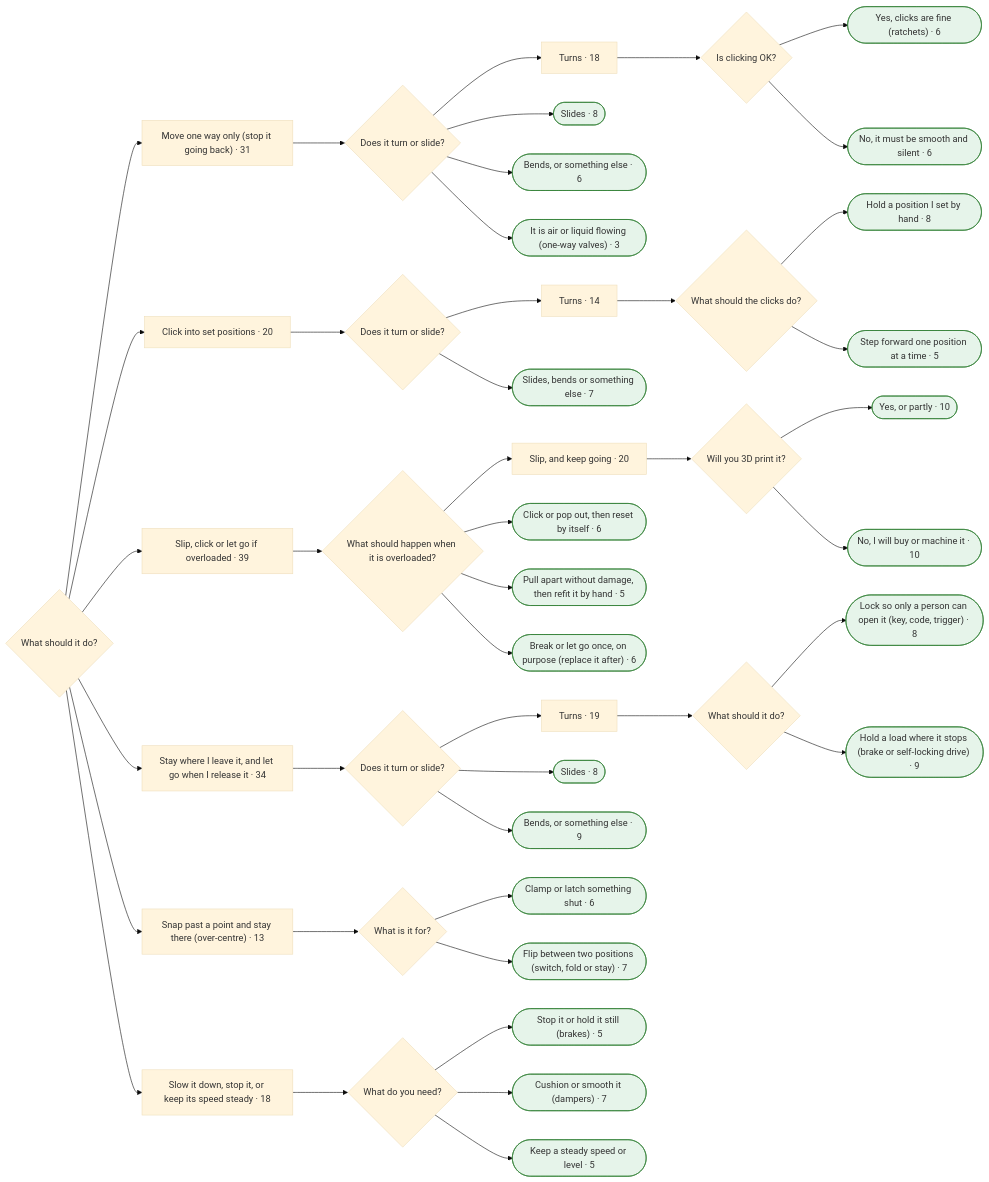
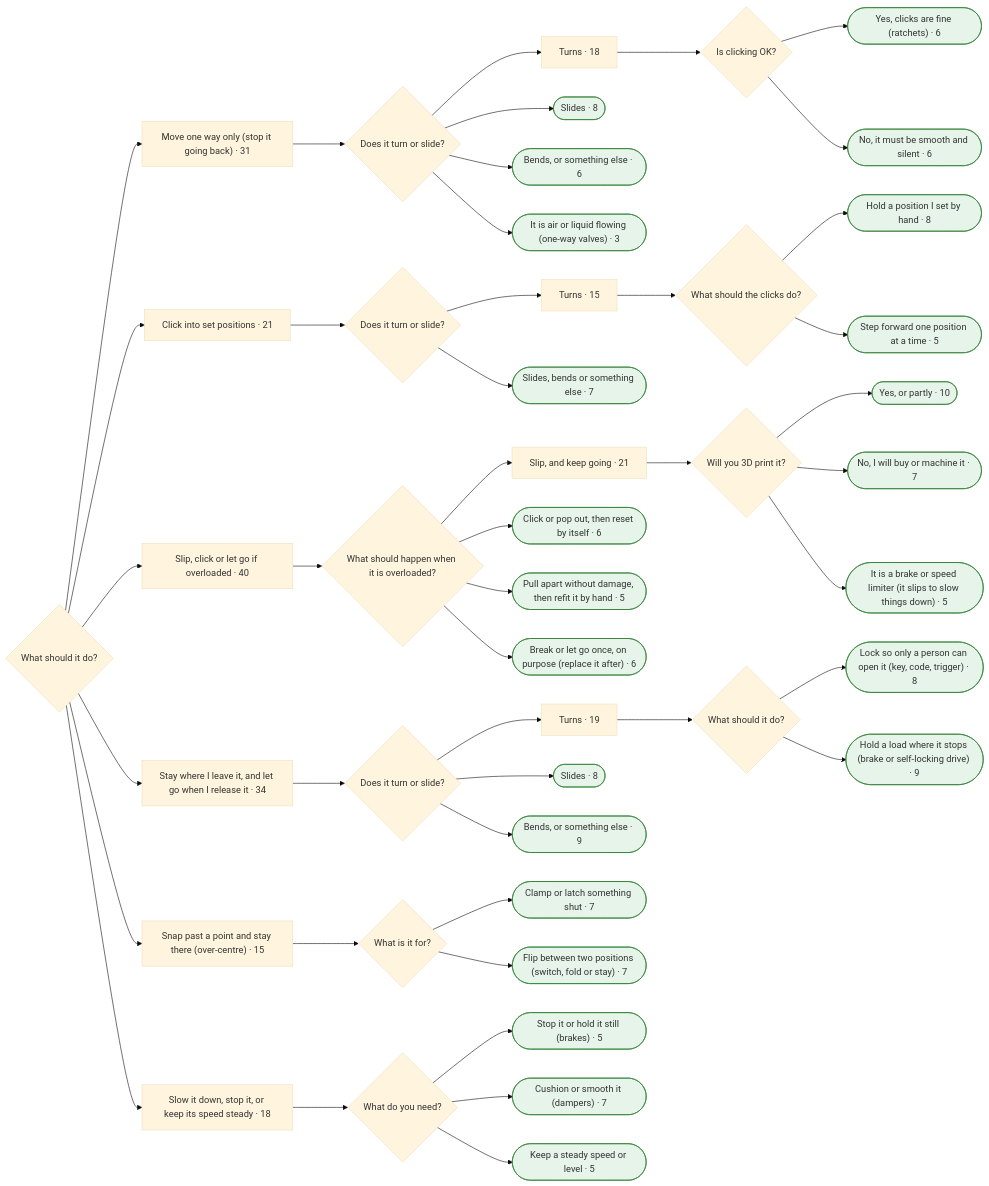
The fifth of 11 diagrams in research/finder-test/mermaid.md (smileymcfrown/EncyclopediaOfConnections), drawn with Mermaid (base theme) before and after one commit. The commit also changed other lines of this file and 481 other files, not shown here.

First line of the commit message:
Pipeline for the 43 new entries: tags, hand-set finder answers, made_of checked, pages and finder data (R36, R37)

````diff
--- a/research/finder-test/mermaid.md
+++ b/research/finder-test/mermaid.md
@@ -611,112 +646,115 @@
 ```mermaid
 flowchart LR
-  q222{"What should it do?"}
-  a223["Move one way only (stop it going back) · 31"]
-  q222 --> a223
-  q224{"Does it turn or slide?"}
-  a223 --> q224
-  a225["Turns · 18"]
-  q224 --> a225
-  q226{"Is clicking OK?"}
-  a225 --> q226
-  a227(["Yes, clicks are fine (ratchets) · 6"])
-  q226 --> a227
-  class a227 leaf
-  a228(["No, it must be smooth and silent · 6"])
-  q226 --> a228
-  class a228 leaf
-  a229(["Slides · 8"])
-  q224 --> a229
-  class a229 leaf
-  a230(["Bends, or something else · 6"])
-  q224 --> a230
-  class a230 leaf
-  a231(["It is air or liquid flowing (one-way valves) · 3"])
-  q224 --> a231
-  class a231 leaf
-  a232["Click into set positions · 20"]
-  q222 --> a232
-  q233{"Does it turn or slide?"}
-  a232 --> q233
-  a234["Turns · 14"]
-  q233 --> a234
-  q235{"What should the clicks do?"}
-  a234 --> q235
-  a236(["Hold a position I set by hand · 8"])
+  q235{"What should it do?"}
+  a236["Move one way only (stop it going back) · 31"]
   q235 --> a236
-  class a236 leaf
-  a237(["Step forward one position at a time · 5"])
-  q235 --> a237
-  class a237 leaf
-  a238(["Slides, bends or something else · 7"])
-  q233 --> a238
-  class a238 leaf
-  a239["Slip, click or let go if overloaded · 39"]
-  q222 --> a239
-  q240{"What should happen when it is overloaded?"}
-  a239 --> q240
-  a241["Slip, and keep going · 20"]
-  q240 --> a241
-  q242{"Will you 3D print it?"}
-  a241 --> q242
-  a243(["Yes, or partly · 10"])
-  q242 --> a243
+  q237{"Does it turn or slide?"}
+  a236 --> q237
+  a238["Turns · 18"]
+  q237 --> a238
+  q239{"Is clicking OK?"}
+  a238 --> q239
+  a240(["Yes, clicks are fine (ratchets) · 6"])
+  q239 --> a240
+  class a240 leaf
+  a241(["No, it must be smooth and silent · 6"])
+  q239 --> a241
+  class a241 leaf
+  a242(["Slides · 8"])
+  q237 --> a242
+  class a242 leaf
+  a243(["Bends, or something else · 6"])
+  q237 --> a243
   class a243 leaf
-  a244(["No, I will buy or machine it · 10"])
-  q242 --> a244
+  a244(["It is air or liquid flowing (one-way valves) · 3"])
+  q237 --> a244
   class a244 leaf
-  a245(["Click or pop out, then reset by itself · 6"])
-  q240 --> a245
-  class a245 leaf
-  a246(["Pull apart without damage, then refit it by hand · 5"])
-  q240 --> a246
-  class a246 leaf
-  a247(["Break or let go once, on purpose (replace it after) · 6"])
-  q240 --> a247
-  class a247 leaf
-  a248["Stay where I leave it, and let go when I release it · 34"]
-  q222 --> a248
-  q249{"Does it turn or slide?"}
-  a248 --> q249
-  a250["Turns · 19"]
-  q249 --> a250
-  q251{"What should it do?"}
-  a250 --> q251
-  a252(["Lock so only a person can open it (key, code, trigger) · 8"])
-  q251 --> a252
-  class a252 leaf
-  a253(["Hold a load where it stops (brake or self-locking drive) · 9"])
-  q251 --> a253
-  class a253 leaf
-  a254(["Slides · 8"])
-  q249 --> a254
-  class a254 leaf
-  a255(["Bends, or something else · 9"])
-  q249 --> a255
-  class a255 leaf
-  a256["Snap past a point and stay there (over-centre) · 13"]
-  q222 --> a256
-  q257{"What is it for?"}
-  a256 --> q257
-  a258(["Clamp or latch something shut · 6"])
-  q257 --> a258
+  a245["Click into set positions · 21"]
+  q235 --> a245
+  q246{"Does it turn or slide?"}
+  a245 --> q246
+  a247["Turns · 15"]
+  q246 --> a247
+  q248{"What should the clicks do?"}
+  a247 --> q248
+  a249(["Hold a position I set by hand · 8"])
+  q248 --> a249
+  class a249 leaf
+  a250(["Step forward one position at a time · 5"])
+  q248 --> a250
+  class a250 leaf
+  a251(["Slides, bends or something else · 7"])
+  q246 --> a251
+  class a251 leaf
+  a252["Slip, click or let go if overloaded · 40"]
+  q235 --> a252
+  q253{"What should happen when it is overloaded?"}
+  a252 --> q253
+  a254["Slip, and keep going · 21"]
+  q253 --> a254
+  q255{"Will you 3D print it?"}
+  a254 --> q255
+  a256(["Yes, or partly · 10"])
+  q255 --> a256
+  class a256 leaf
+  a257(["No, I will buy or machine it · 7"])
+  q255 --> a257
+  class a257 leaf
+  a258(["It is a brake or speed limiter (it slips to slow things down) · 5"])
+  q255 --> a258
   class a258 leaf
-  a259(["Flip between two positions (switch, fold or stay) · 7"])
-  q257 --> a259
+  a259(["Click or pop out, then reset by itself · 6"])
+  q253 --> a259
   class a259 leaf
-  a260["Slow it down, stop it, or keep its speed steady · 18"]
-  q222 --> a260
-  q261{"What do you need?"}
-  a260 --> q261
-  a262(["Stop it or hold it still (brakes) · 5"])
-  q261 --> a262
-  class a262 leaf
-  a263(["Cushion or smooth it (dampers) · 7"])
-  q261 --> a263
-  class a263 leaf
-  a264(["Keep a steady speed or level · 5"])
-  q261 --> a264
-  class a264 leaf
+  a260(["Pull apart without damage, then refit it by hand · 5"])
+  q253 --> a260
+  class a260 leaf
+  a261(["Break or let go once, on purpose (replace it after) · 6"])
+  q253 --> a261
+  class a261 leaf
+  a262["Stay where I leave it, and let go when I release it · 34"]
+  q235 --> a262
+  q263{"Does it turn or slide?"}
+  a262 --> q263
+  a264["Turns · 19"]
+  q263 --> a264
+  q265{"What should it do?"}
+  a264 --> q265
+  a266(["Lock so only a person can open it (key, code, trigger) · 8"])
+  q265 --> a266
+  class a266 leaf
+  a267(["Hold a load where it stops (brake or self-locking drive) · 9"])
+  q265 --> a267
+  class a267 leaf
+  a268(["Slides · 8"])
+  q263 --> a268
+  class a268 leaf
+  a269(["Bends, or something else · 9"])
+  q263 --> a269
+  class a269 leaf
+  a270["Snap past a point and stay there (over-centre) · 15"]
+  q235 --> a270
+  q271{"What is it for?"}
+  a270 --> q271
+  a272(["Clamp or latch something shut · 7"])
+  q271 --> a272
+  class a272 leaf
+  a273(["Flip between two positions (switch, fold or stay) · 7"])
+  q271 --> a273
+  class a273 leaf
+  a274["Slow it down, stop it, or keep its speed steady · 18"]
+  q235 --> a274
+  q275{"What do you need?"}
+  a274 --> q275
+  a276(["Stop it or hold it still (brakes) · 5"])
+  q275 --> a276
+  class a276 leaf
+  a277(["Cushion or smooth it (dampers) · 7"])
+  q275 --> a277
+  class a277 leaf
+  a278(["Keep a steady speed or level · 5"])
+  q275 --> a278
+  class a278 leaf
   classDef leaf fill:#e6f4ea,stroke:#2e7d32
   classDef more fill:#fff4e5,stroke:#b26a00
 ```
````
